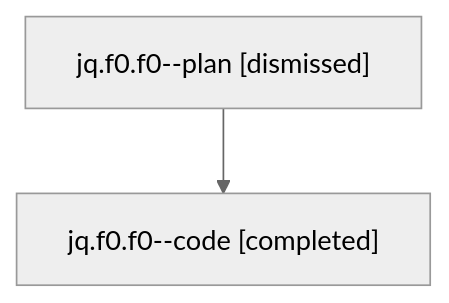
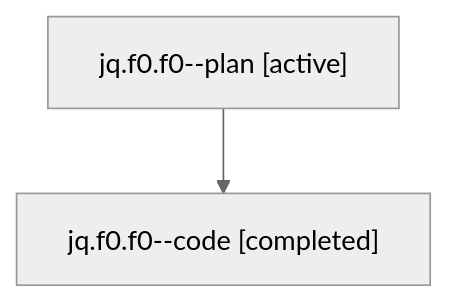
Before and after one commit to sase-org/sase--agents: the diagram in families/bbugyi200.athena.jq.f0.f0.md, drawn with Mermaid (neutral theme). The commit also changed other lines of this file and 8679 other files, not shown here.

````diff
--- a/families/bbugyi200.athena.jq.f0.f0.md
+++ b/families/bbugyi200.athena.jq.f0.f0.md
@@ -9,6 +9,6 @@
 ```mermaid
 flowchart TD
-  n0["jq.f0.f0--plan [dismissed]"]
+  n0["jq.f0.f0--plan [active]"]
   n1["jq.f0.f0--code [completed]"]
   n0 --> n1
 ```
````
